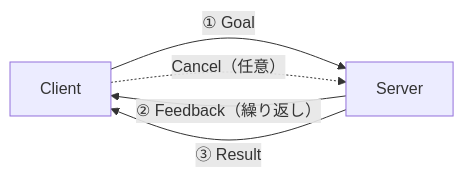
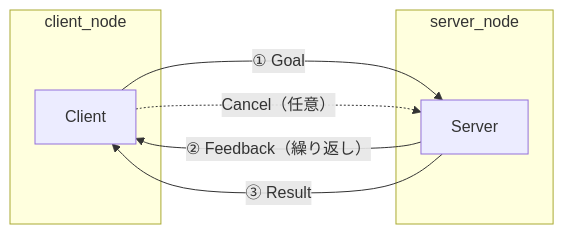
One commit to Harlequinade1123/ros1-tutorials changed the third of 4 diagrams in docs/06_actionlib.md. Above: the diagram before and after it, drawn with Mermaid. The commit also changed other lines of this file, not shown here.

Commit message:
docs: add Client/Server subgraphs to Service and Action diagrams in ch.6

````diff
--- a/docs/06_actionlib.md
+++ b/docs/06_actionlib.md
@@ -43,7 +49,13 @@
 ```mermaid
 graph LR
-    C["Client"] -->|"① Goal"| S["Server"]
+    subgraph clientNode ["client_node"]
+        C["Client"]
+    end
+    subgraph serverNode ["server_node"]
+        S["Server"]
+    end
+    C -->|"① Goal"| S
     S -->|"② Feedback（繰り返し）"| C
     S -->|"③ Result"| C
     C -.->|"Cancel（任意）"| S
 ```
````
